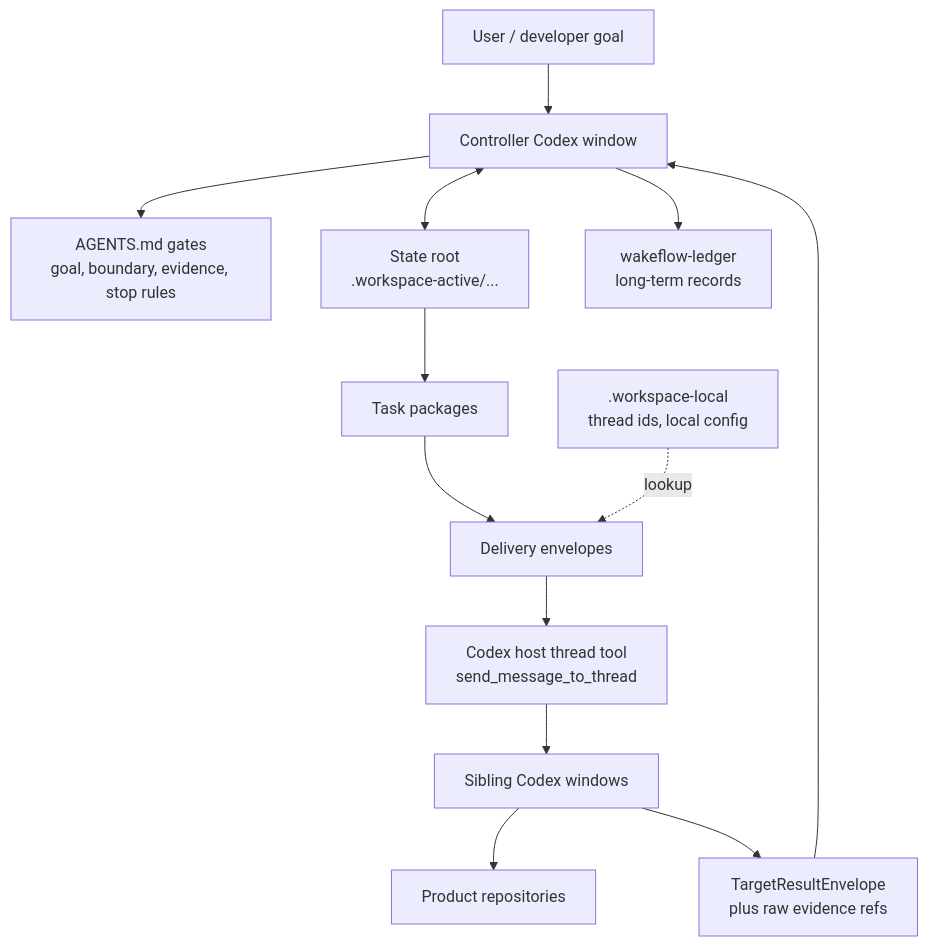
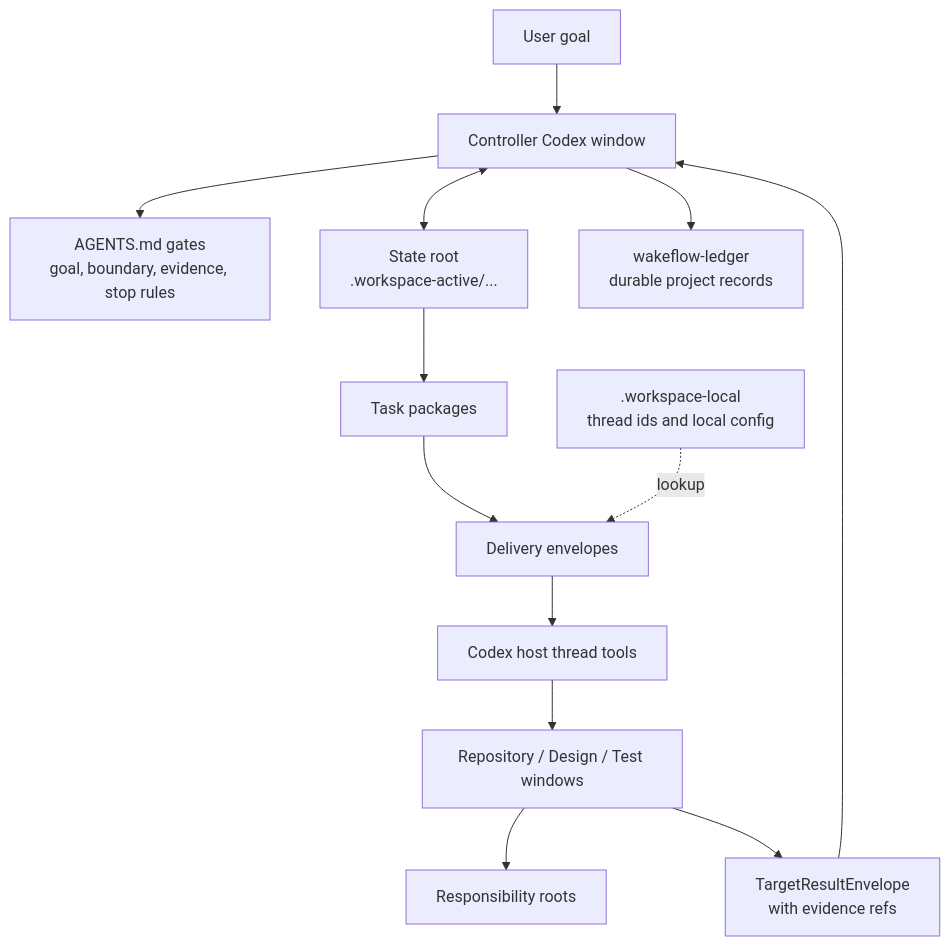
Before and after one commit to GxFn/Wakeflow: the diagram in README.md, drawn with Mermaid. The commit also changed other lines of this file and 9 other files, not shown here.

````diff
--- a/README.md
+++ b/README.md
@@ -46,15 +54,15 @@
 ```mermaid
 flowchart TD
-  User["User / developer goal"] --> Controller["Controller Codex window"]
+  User["User goal"] --> Controller["Controller Codex window"]
   Controller --> Gates["AGENTS.md gates<br/>goal, boundary, evidence, stop rules"]
   Controller <--> StateRoot["State root<br/>.workspace-active/..."]
-  StateRoot --> Packages["Task packages"]
-  Packages --> Envelopes["Delivery envelopes"]
-  Local[".workspace-local<br/>thread ids, local config"] -. "lookup" .-> Envelopes
-  Envelopes --> Host["Codex host thread tool<br/>send_message_to_thread"]
-  Host --> Targets["Sibling Codex windows"]
-  Targets --> Repos["Product repositories"]
-  Targets --> Results["TargetResultEnvelope<br/>plus raw evidence refs"]
+  StateRoot --> Tasks["Task packages"]
+  Tasks --> Delivery["Delivery envelopes"]
+  LocalRuntime[".workspace-local<br/>thread ids and local config"] -. "lookup" .-> Delivery
+  Delivery --> Host["Codex host thread tools"]
+  Host --> Targets["Repository / Design / Test windows"]
+  Targets --> Repos["Responsibility roots"]
+  Targets --> Results["TargetResultEnvelope<br/>with evidence refs"]
   Results --> Controller
-  Controller --> Ledger["wakeflow-ledger<br/>long-term records"]
+  Controller --> Ledger["wakeflow-ledger<br/>durable project records"]
 ```
````
